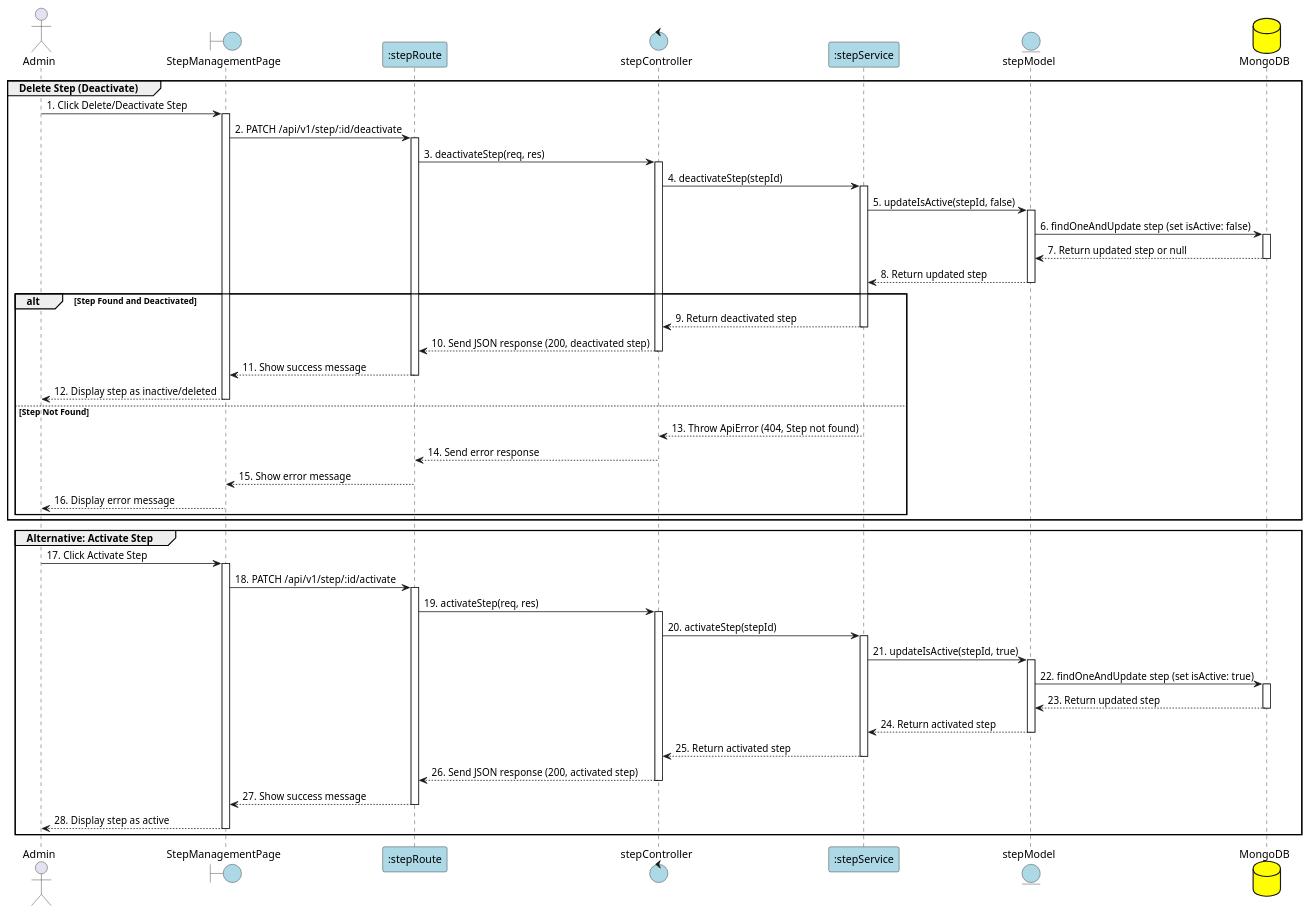
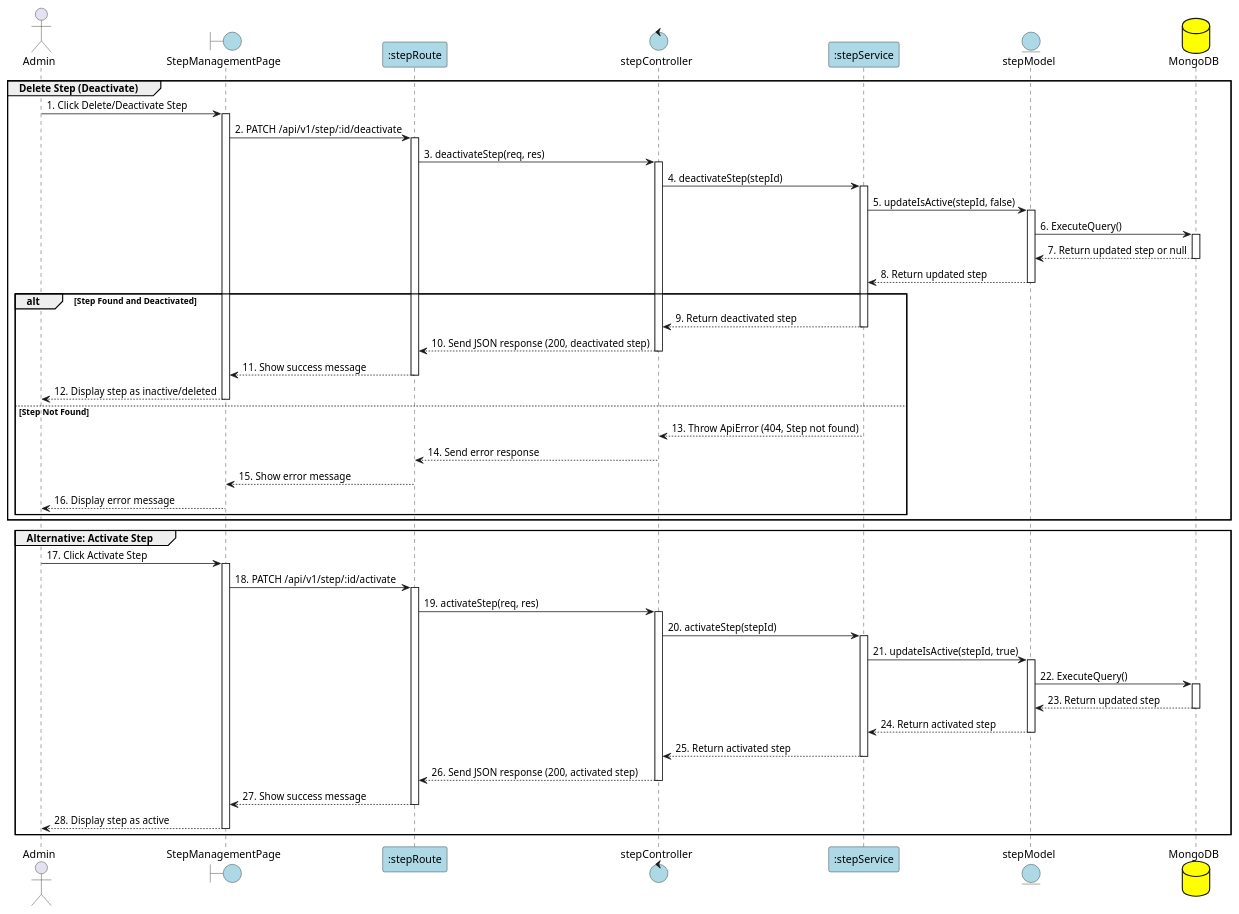
One commit to Aohkne/CaloCook changed the diagram in PlanUML/35_DeleteStep.puml. Above: the diagram before and after it, drawn with PlantUML. The commit also changed 11 other files, not shown here.

```diff
--- a/PlanUML/35_DeleteStep.puml
+++ b/PlanUML/35_DeleteStep.puml
@@ -1,93 +1,93 @@
 @startuml DeleteStep
 
 actor "Admin" as Admin
 boundary "StepManagementPage" as View #lightblue
 participant ":stepRoute" as Route #lightblue
 control "stepController" as Controller #lightblue
 participant ":stepService" as Service #lightblue
 entity "stepModel" as Model #lightblue
 database "MongoDB" as MongoDB #yellow
 
 group Delete Step (Deactivate)
 Admin -> View: 1. Click Delete/Deactivate Step
 activate View
 View -> Route: 2. PATCH /api/v1/step/:id/deactivate
 activate Route
 
 Route -> Controller: 3. deactivateStep(req, res)
 activate Controller
 
 Controller -> Service: 4. deactivateStep(stepId)
 activate Service
 
 Service -> Model: 5. updateIsActive(stepId, false)
 activate Model
 
-Model -> MongoDB: 6. findOneAndUpdate step (set isActive: false)
+Model -> MongoDB: 6. ExecuteQuery()
 activate MongoDB
 
 MongoDB --> Model: 7. Return updated step or null
 deactivate MongoDB
 
 Model --> Service: 8. Return updated step
 deactivate Model
 
 alt Step Found and Deactivated
     Service --> Controller: 9. Return deactivated step
     deactivate Service
 
     Controller --> Route: 10. Send JSON response (200, deactivated step)
     deactivate Controller
 
     Route --> View: 11. Show success message
     deactivate Route
 
     View --> Admin: 12. Display step as inactive/deleted
     deactivate View
 
 else Step Not Found
     Service --> Controller: 13. Throw ApiError (404, Step not found)
     Controller --> Route: 14. Send error response
     Route --> View: 15. Show error message
     View --> Admin: 16. Display error message
 end
 end
 
 group Alternative: Activate Step
 Admin -> View: 17. Click Activate Step
 activate View
 View -> Route: 18. PATCH /api/v1/step/:id/activate
 activate Route
 
 Route -> Controller: 19. activateStep(req, res)
 activate Controller
 
 Controller -> Service: 20. activateStep(stepId)
 activate Service
 
 Service -> Model: 21. updateIsActive(stepId, true)
 activate Model
 
-Model -> MongoDB: 22. findOneAndUpdate step (set isActive: true)
+Model -> MongoDB: 22. ExecuteQuery()
 activate MongoDB
 
 MongoDB --> Model: 23. Return updated step
 deactivate MongoDB
 
 Model --> Service: 24. Return activated step
 deactivate Model
 
 Service --> Controller: 25. Return activated step
 deactivate Service
 
 Controller --> Route: 26. Send JSON response (200, activated step)
 deactivate Controller
 
 Route --> View: 27. Show success message
 deactivate Route
 
 View --> Admin: 28. Display step as active
 deactivate View
 end
 
 @enduml
```
